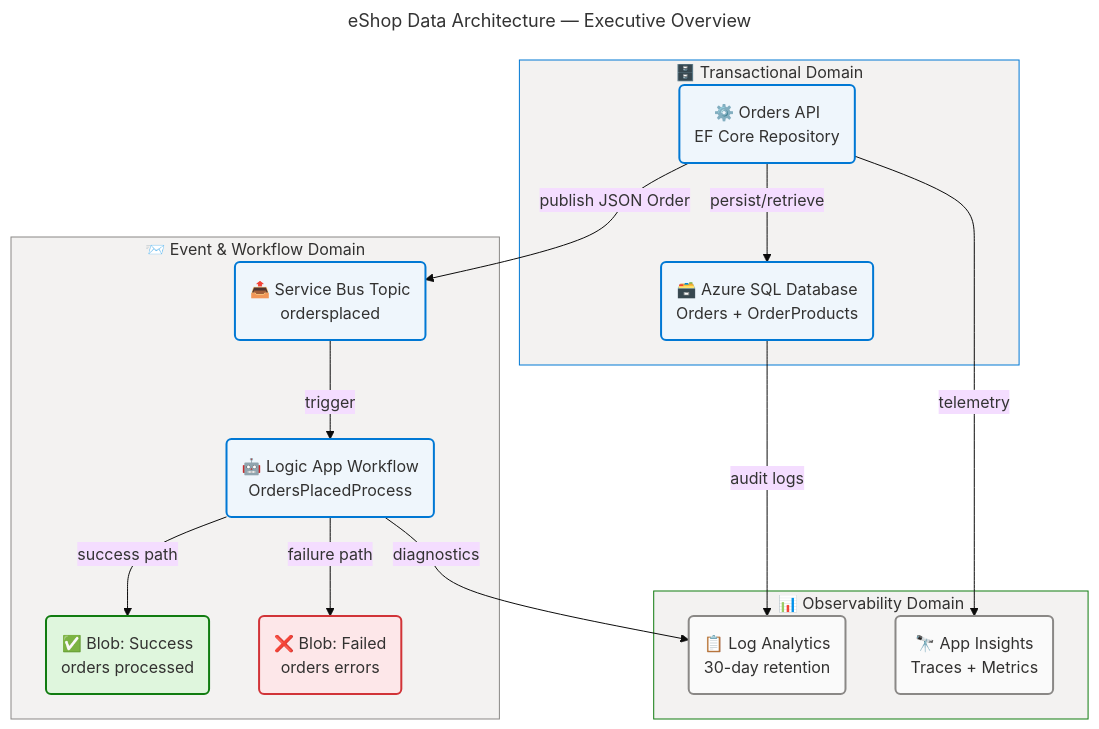
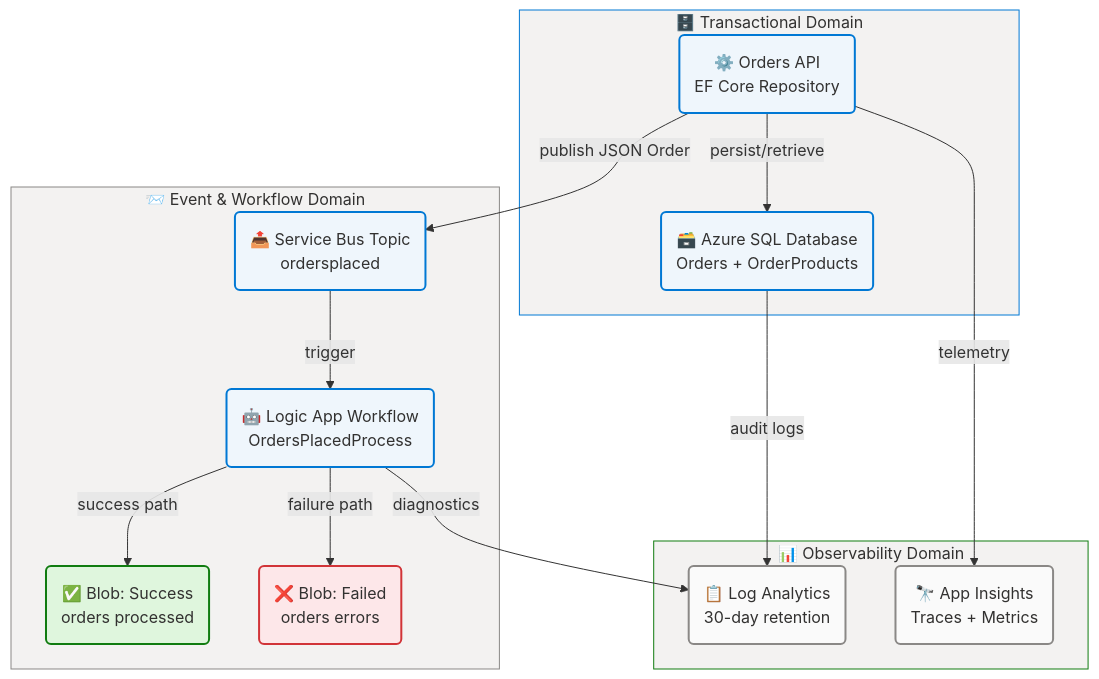
The first of 8 diagrams in docs/architecture/data-arch.md (Evilazaro/Azure-LogicApps-Monitoring), drawn with Mermaid before and after one commit. The commit also changed other lines of this file, not shown here.

Commit message:
Remove unused mermaid diagram configurations from data architecture documentation

````diff
--- a/docs/architecture/data-arch.md
+++ b/docs/architecture/data-arch.md
@@ -46,62 +46,51 @@
 ```mermaid
----
-title: eShop Data Architecture — Executive Overview
-config:
-  theme: base
-  look: classic
-  layout: dagre
-  themeVariables:
-    fontSize: '16px'
-  flowchart:
-    htmlLabels: true
----
 flowchart TB
     accTitle: eShop Data Architecture Executive Overview
     accDescr: High-level view of the three data domains — Transactional, Event and Workflow, and Observability — showing data flow from order placement through processing and archival.
 
     %% ═══════════════════════════════════════════════════════════════════════════
     %% AZURE / FLUENT ARCHITECTURE PATTERN v2.0
     %% (Semantic + Structural + Font + Accessibility Governance)
     %% ═══════════════════════════════════════════════════════════════════════════
     %% PHASE 1 - FLUENT UI: All styling uses approved Fluent UI palette only
     %% PHASE 2 - GROUPS: Every subgraph has semantic color via style directive
     %% PHASE 3 - COMPONENTS: Every node has semantic classDef + icon prefix
     %% PHASE 4 - ACCESSIBILITY: accTitle/accDescr present, WCAG AA contrast
     %% PHASE 5 - STANDARD: Governance block present, classDefs centralized
     %% ═══════════════════════════════════════════════════════════════════════════
 
     subgraph transactional["🗄️ Transactional Domain"]
         OrderSQL("🗃️ Azure SQL Database<br/>Orders + OrderProducts"):::core
         OrderAPI("⚙️ Orders API<br/>EF Core Repository"):::core
     end
 
     subgraph event["📨 Event & Workflow Domain"]
         SBTopic("📤 Service Bus Topic<br/>ordersplaced"):::core
         LogicApp("🤖 Logic App Workflow<br/>OrdersPlacedProcess"):::core
         BlobSuccess("✅ Blob: Success<br/>orders processed"):::success
         BlobFailed("❌ Blob: Failed<br/>orders errors"):::danger
     end
 
     subgraph observability["📊 Observability Domain"]
         LogWS("📋 Log Analytics<br/>30-day retention"):::neutral
         AppIns("🔭 App Insights<br/>Traces + Metrics"):::neutral
     end
 
     OrderAPI -->|"persist/retrieve"| OrderSQL
     OrderAPI -->|"publish JSON Order"| SBTopic
     SBTopic -->|"trigger"| LogicApp
     LogicApp -->|"success path"| BlobSuccess
     LogicApp -->|"failure path"| BlobFailed
     OrderAPI -->|"telemetry"| AppIns
     LogicApp -->|"diagnostics"| LogWS
     OrderSQL -->|"audit logs"| LogWS
 
     classDef core fill:#EFF6FC,stroke:#0078D4,stroke-width:2px,color:#323130
     classDef neutral fill:#FAFAFA,stroke:#8A8886,stroke-width:2px,color:#323130
     classDef success fill:#DFF6DD,stroke:#107C10,stroke-width:2px,color:#323130
     classDef danger fill:#FDE7E9,stroke:#D13438,stroke-width:2px,color:#323130
 
     style transactional fill:#F3F2F1,stroke:#0078D4,stroke-width:1px,color:#323130
     style event fill:#F3F2F1,stroke:#8A8886,stroke-width:1px,color:#323130
     style observability fill:#F3F2F1,stroke:#107C10,stroke-width:1px,color:#323130
 ```
````
